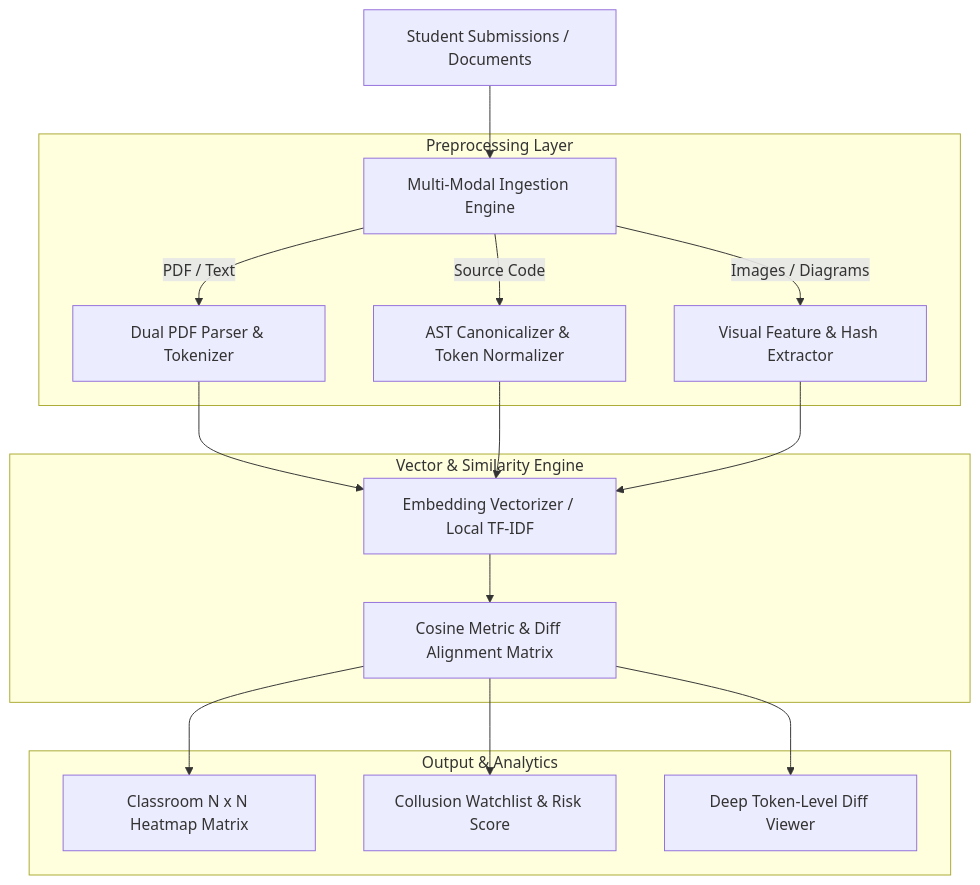
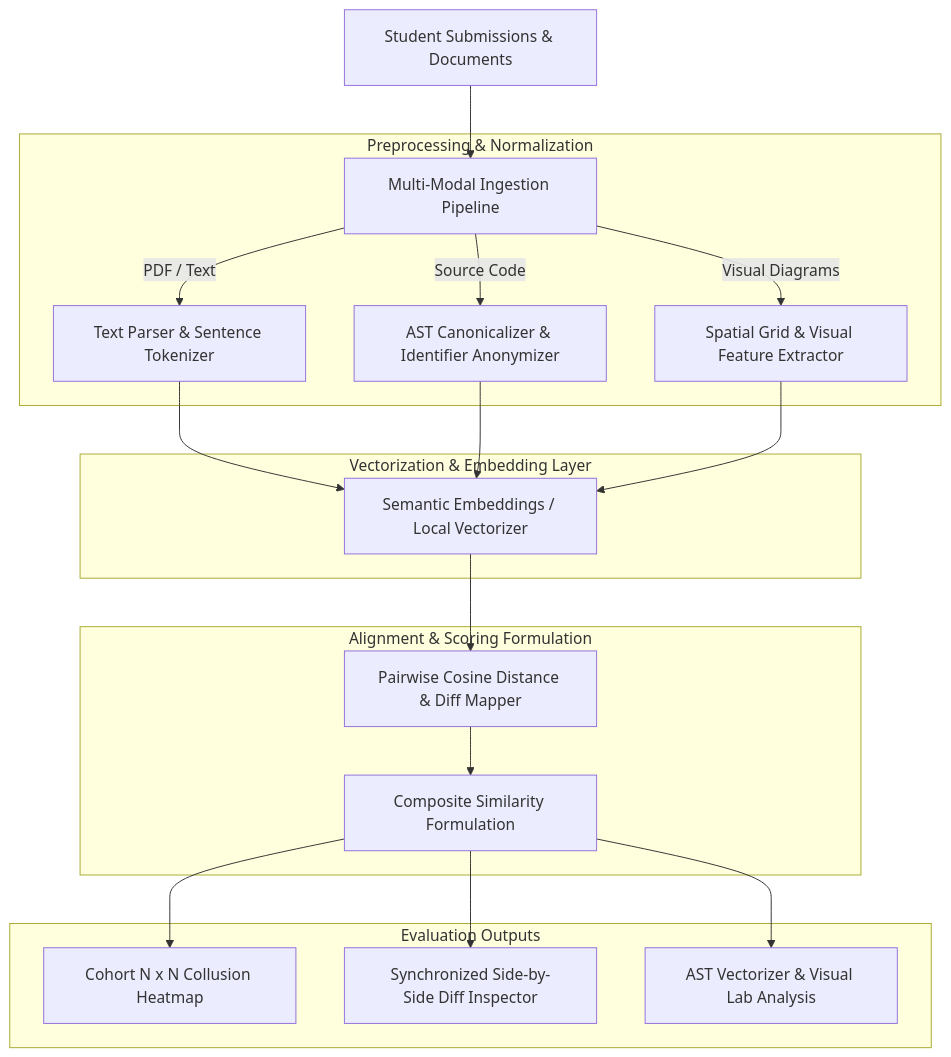
The diagram in README.md (b19szn/OrginaX), drawn with Mermaid before and after one commit. The commit also changed other lines of this file and 63 other files, not shown here.

Commit message:
feat: add student & instructor classroom portals, auth system, admin monetization & gateway controls, and interactive AST labs

````diff
--- a/README.md
+++ b/README.md
@@ -40,23 +25,27 @@
 ```mermaid
 graph TD
-    A[Student Submissions / Documents] --> B[Multi-Modal Ingestion Engine]
-    
-    subgraph Preprocessing Layer
-        B -->|PDF / Text| C[Dual PDF Parser & Tokenizer]
-        B -->|Source Code| D[AST Canonicalizer & Token Normalizer]
-        B -->|Images / Diagrams| E[Visual Feature & Hash Extractor]
+    A[Student Submissions & Documents] --> B[Multi-Modal Ingestion Pipeline]
+
+    subgraph Preprocessing & Normalization
+        B -->|PDF / Text| C[Text Parser & Sentence Tokenizer]
+        B -->|Source Code| D[AST Canonicalizer & Identifier Anonymizer]
+        B -->|Visual Diagrams| E[Spatial Grid & Visual Feature Extractor]
     end
-    
-    subgraph Vector & Similarity Engine
-        C --> F[Embedding Vectorizer / Local TF-IDF]
+
+    subgraph Vectorization & Embedding Layer
+        C --> F[Semantic Embeddings / Local Vectorizer]
         D --> F
         E --> F
-        F --> G[Cosine Metric & Diff Alignment Matrix]
     end
-    
-    subgraph Output & Analytics
-        G --> H[Classroom N x N Heatmap Matrix]
-        G --> I[Collusion Watchlist & Risk Score]
-        G --> J[Deep Token-Level Diff Viewer]
+
+    subgraph Alignment & Scoring Formulation
+        F --> G[Pairwise Cosine Distance & Diff Mapper]
+        G --> H[Composite Similarity Formulation]
+    end
+
+    subgraph Evaluation Outputs
+        H --> I[Cohort N x N Collusion Heatmap]
+        H --> J[Synchronized Side-by-Side Diff Inspector]
+        H --> K[AST Vectorizer & Visual Lab Analysis]
     end
 ```
````
